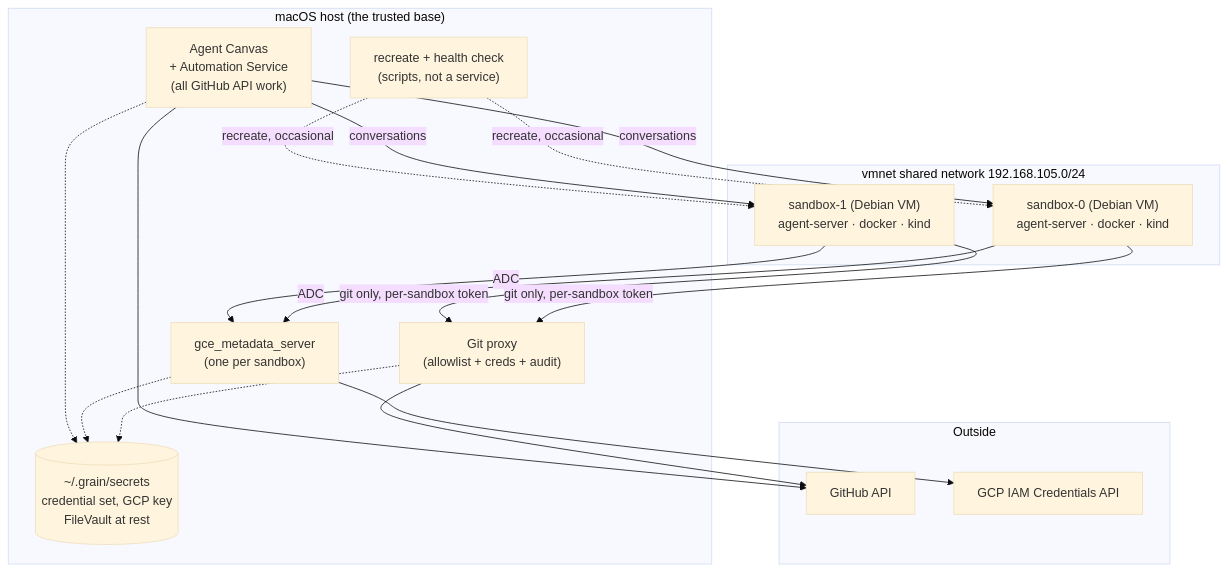
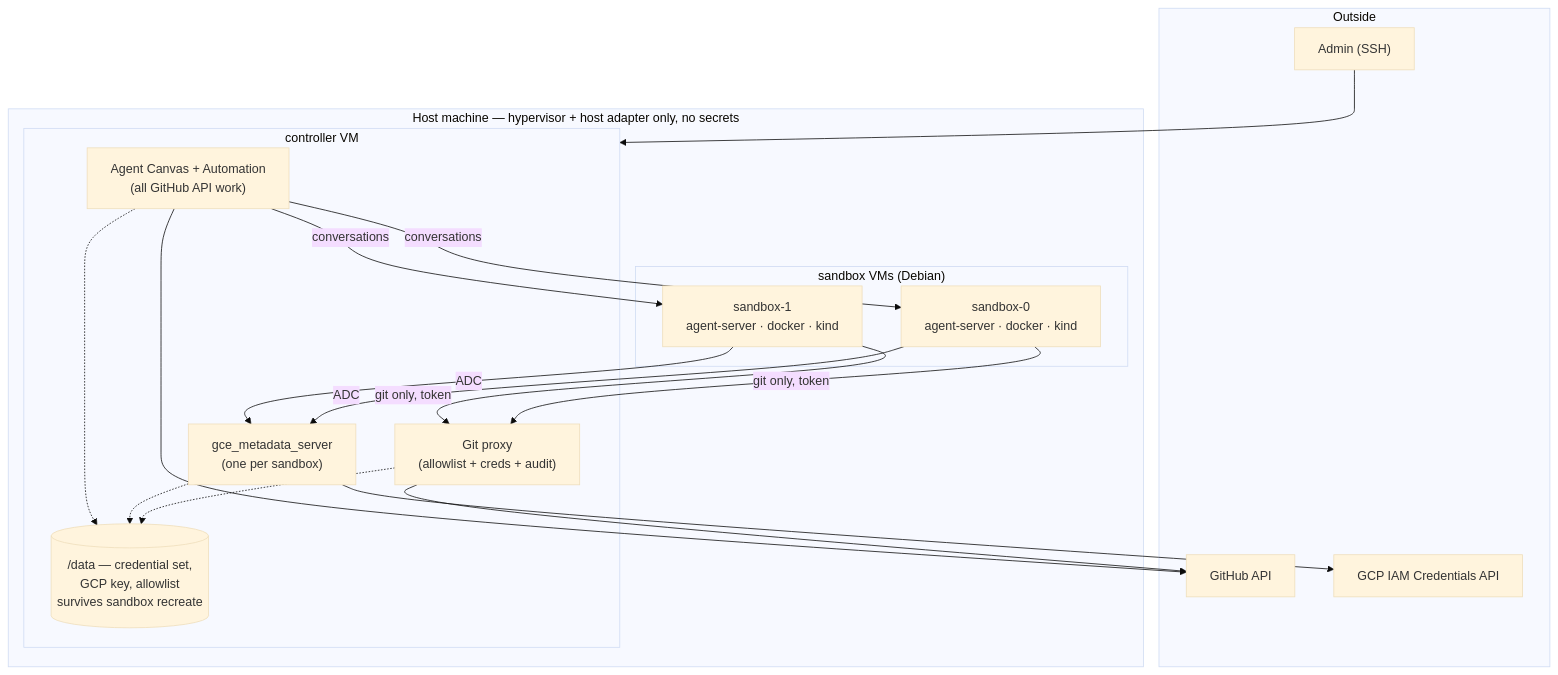
The diagram in docs/design.md (bwsalmon/grain), drawn with Mermaid (base theme) before and after one commit. The commit also changed other lines of this file and 1 other file, not shown here.

First line of the commit message:
Single node, controller in a VM, host-specific code behind an adapter

````diff
--- a/docs/design.md
+++ b/docs/design.md
@@ -77,37 +75,37 @@
 ```mermaid
 flowchart TB
     subgraph outside["Outside"]
         gh["GitHub API"]
         gcp["GCP IAM Credentials API"]
+        admin["Admin (SSH)"]
     end
 
-    subgraph mac["macOS host (the trusted base)"]
-        canvas["Agent Canvas<br/>+ Automation Service<br/>(all GitHub API work)"]
-        scripts["recreate + health check<br/>(scripts, not a service)"]
-        proxy["Git proxy<br/>(allowlist + creds + audit)"]
-        mds["gce_metadata_server<br/>(one per sandbox)"]
-        secrets[("~/.grain/secrets<br/>credential set, GCP key<br/>FileVault at rest")]
+    subgraph host["Host machine — hypervisor + host adapter only, no secrets"]
+        subgraph ctl["controller VM"]
+            canvas["Agent Canvas + Automation<br/>(all GitHub API work)"]
+            proxy["Git proxy<br/>(allowlist + creds + audit)"]
+            mds["gce_metadata_server<br/>(one per sandbox)"]
+            data[("/data — credential set,<br/>GCP key, allowlist<br/>survives sandbox recreate")]
+        end
+
+        subgraph sbs["sandbox VMs (Debian)"]
+            sb0["sandbox-0<br/>agent-server · docker · kind"]
+            sb1["sandbox-1<br/>agent-server · docker · kind"]
+        end
     end
 
-    subgraph vmnet["vmnet shared network 192.168.105.0/24"]
-        sb0["sandbox-0 (Debian VM)<br/>agent-server · docker · kind"]
-        sb1["sandbox-1 (Debian VM)<br/>agent-server · docker · kind"]
-    end
-
+    admin --> ctl
     canvas -->|"conversations"| sb0
     canvas -->|"conversations"| sb1
-    scripts -.->|"recreate, occasional"| sb0
-    scripts -.->|"recreate, occasional"| sb1
-
-    sb0 -->|"git only, per-sandbox token"| proxy
-    sb1 -->|"git only, per-sandbox token"| proxy
+    sb0 -->|"git only, token"| proxy
+    sb1 -->|"git only, token"| proxy
     sb0 -->|"ADC"| mds
     sb1 -->|"ADC"| mds
 
     proxy --> gh
     canvas --> gh
     mds --> gcp
-    proxy -.-> secrets
-    mds -.-> secrets
-    canvas -.-> secrets
+    proxy -.-> data
+    mds -.-> data
+    canvas -.-> data
 ```
````
